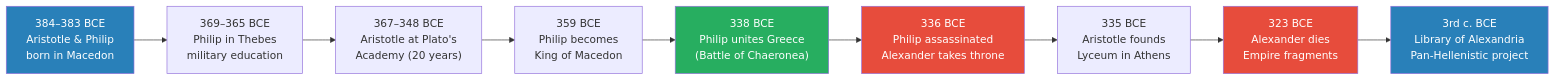
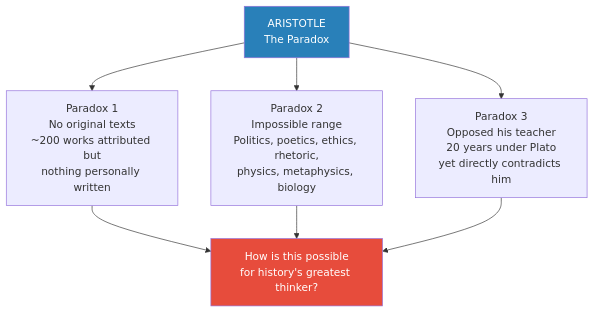
The first of 7 diagrams in summaries/Lectures/Civilization/13 - Aristotle and the Greek Legacy.md (alius33/reader), drawn with Mermaid before and after one commit. The commit also changed other lines of this file and 26 other files, not shown here.

````diff
--- a/summaries/Lectures/Civilization/13 - Aristotle and the Greek Legacy.md
+++ b/summaries/Lectures/Civilization/13 - Aristotle and the Greek Legacy.md
@@ -19,16 +58,12 @@
 ```mermaid
-flowchart LR
-    T1["384–383 BCE<br/>Aristotle & Philip<br/>born in Macedon"] --> T2["369–365 BCE<br/>Philip in Thebes<br/>military education"]
-    T2 --> T3["367–348 BCE<br/>Aristotle at Plato's<br/>Academy (20 years)"]
-    T3 --> T4["359 BCE<br/>Philip becomes<br/>King of Macedon"]
-    T4 --> T5["338 BCE<br/>Philip unites Greece<br/>(Battle of Chaeronea)"]
-    T5 --> T6["336 BCE<br/>Philip assassinated<br/>Alexander takes throne"]
-    T6 --> T7["335 BCE<br/>Aristotle founds<br/>Lyceum in Athens"]
-    T7 --> T8["323 BCE<br/>Alexander dies<br/>Empire fragments"]
-    T8 --> T9["3rd c. BCE<br/>Library of Alexandria<br/>Pan-Hellenistic project"]
-    style T1 fill:#2980b9,color:#fff
-    style T5 fill:#27ae60,color:#fff
-    style T6 fill:#e74c3c,color:#fff
-    style T8 fill:#e74c3c,color:#fff
-    style T9 fill:#2980b9,color:#fff
+flowchart TB
+    P["ARISTOTLE<br/>The Paradox"]
+    P --> X1["Paradox 1<br/>No original texts<br/>~200 works attributed but<br/>nothing personally written"]
+    P --> X2["Paradox 2<br/>Impossible range<br/>Politics, poetics, ethics, rhetoric,<br/>physics, metaphysics, biology"]
+    P --> X3["Paradox 3<br/>Opposed his teacher<br/>20 years under Plato<br/>yet directly contradicts him"]
+    X1 --> Q["How is this possible<br/>for history's greatest thinker?"]
+    X2 --> Q
+    X3 --> Q
+    style P fill:#2980b9,color:#fff
+    style Q fill:#e74c3c,color:#fff
 ```
````
